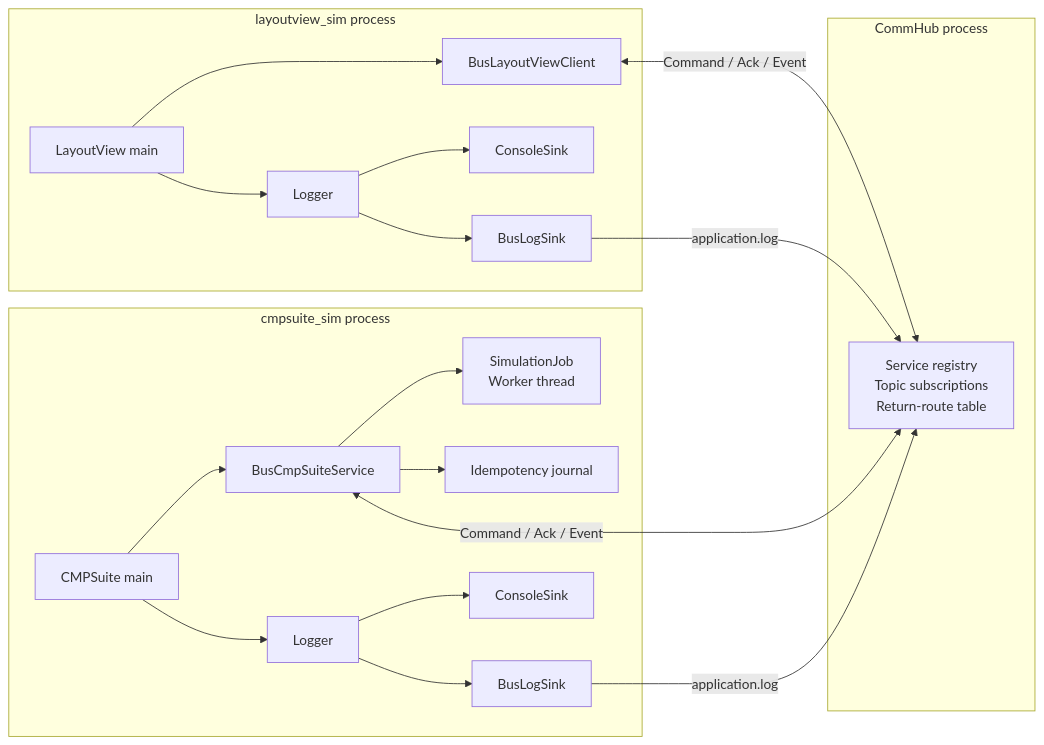
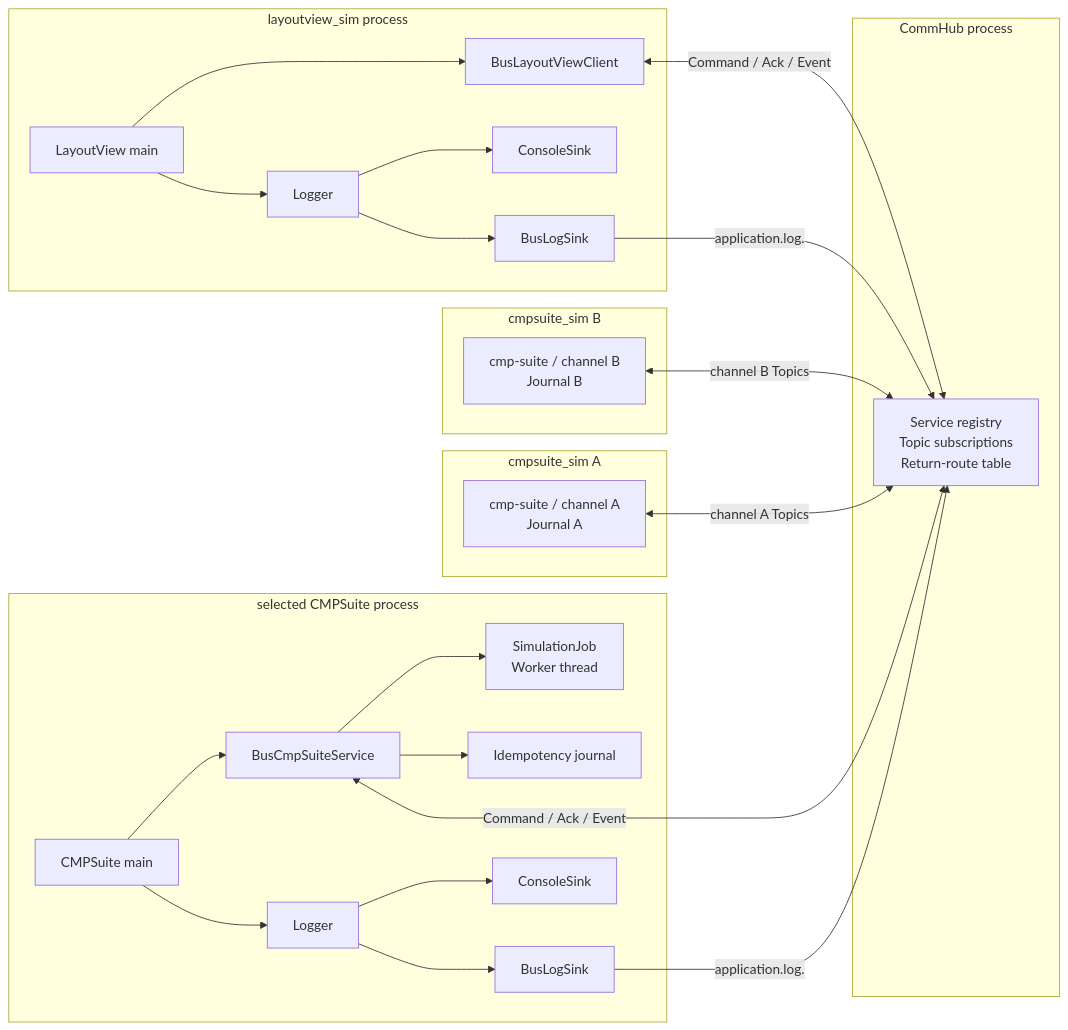
Before and after one commit to yucongxing/IndustrialBus: the first of 5 diagrams in docs/simulated-communication.md, drawn with Mermaid. The commit also changed other lines of this file and 4 other files, not shown here.

Commit message:
docs(examples): document multi-channel cmp routing

````diff
--- a/docs/simulated-communication.md
+++ b/docs/simulated-communication.md
@@ -13,39 +15,49 @@
 ```mermaid
 flowchart LR
     subgraph LV_PROCESS["layoutview_sim process"]
         LV_MAIN["LayoutView main"]
         LV_ADAPTER["BusLayoutViewClient"]
         LV_LOGGER["Logger"]
         LV_CONSOLE["ConsoleSink"]
         LV_BUS_LOG["BusLogSink"]
         LV_MAIN --> LV_ADAPTER
         LV_MAIN --> LV_LOGGER
         LV_LOGGER --> LV_CONSOLE
         LV_LOGGER --> LV_BUS_LOG
     end
 
     subgraph HUB_PROCESS["CommHub process"]
         HUB["Service registry<br/>Topic subscriptions<br/>Return-route table"]
     end
 
-    subgraph CMP_PROCESS["cmpsuite_sim process"]
+    subgraph CMP_A["cmpsuite_sim A"]
+        A["cmp-suite / channel A<br/>Journal A"]
+    end
+
+    subgraph CMP_B["cmpsuite_sim B"]
+        B["cmp-suite / channel B<br/>Journal B"]
+    end
+
+    subgraph CMP_DETAIL["selected CMPSuite process"]
         CMP_MAIN["CMPSuite main"]
         CMP_ADAPTER["BusCmpSuiteService"]
         CMP_JOB["SimulationJob<br/>Worker thread"]
         JOURNAL["Idempotency journal"]
         CMP_LOGGER["Logger"]
         CMP_CONSOLE["ConsoleSink"]
         CMP_BUS_LOG["BusLogSink"]
         CMP_MAIN --> CMP_ADAPTER
         CMP_ADAPTER --> CMP_JOB
         CMP_ADAPTER --> JOURNAL
         CMP_MAIN --> CMP_LOGGER
         CMP_LOGGER --> CMP_CONSOLE
         CMP_LOGGER --> CMP_BUS_LOG
     end
 
     LV_ADAPTER <-->|"Command / Ack / Event"| HUB
+    A <-->|"channel A Topics"| HUB
+    B <-->|"channel B Topics"| HUB
     CMP_ADAPTER <-->|"Command / Ack / Event"| HUB
-    LV_BUS_LOG -->|"application.log"| HUB
-    CMP_BUS_LOG -->|"application.log"| HUB
+    LV_BUS_LOG -->|"application.log.<channel>"| HUB
+    CMP_BUS_LOG -->|"application.log.<channel>"| HUB
 ```
````
